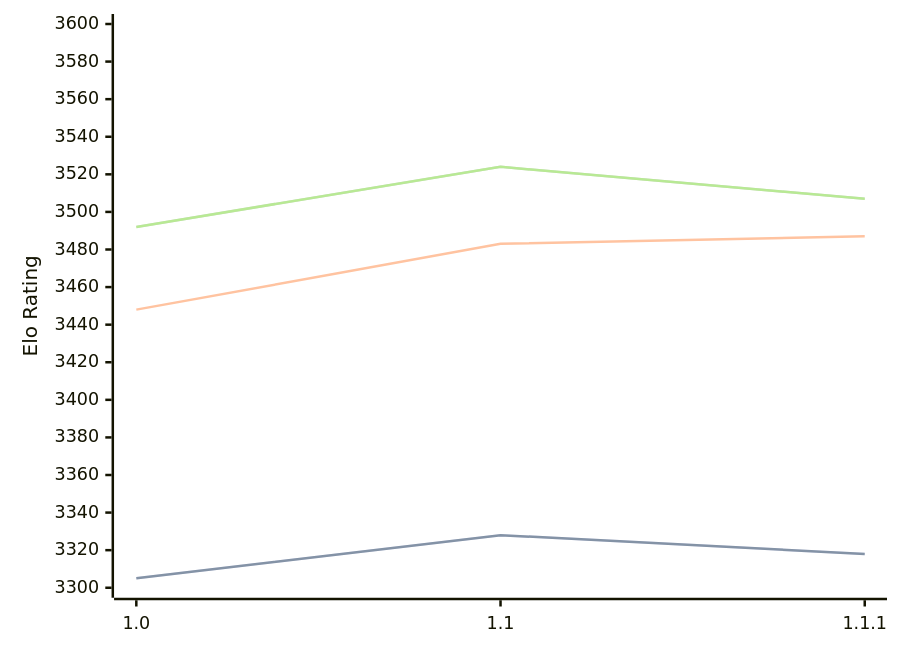
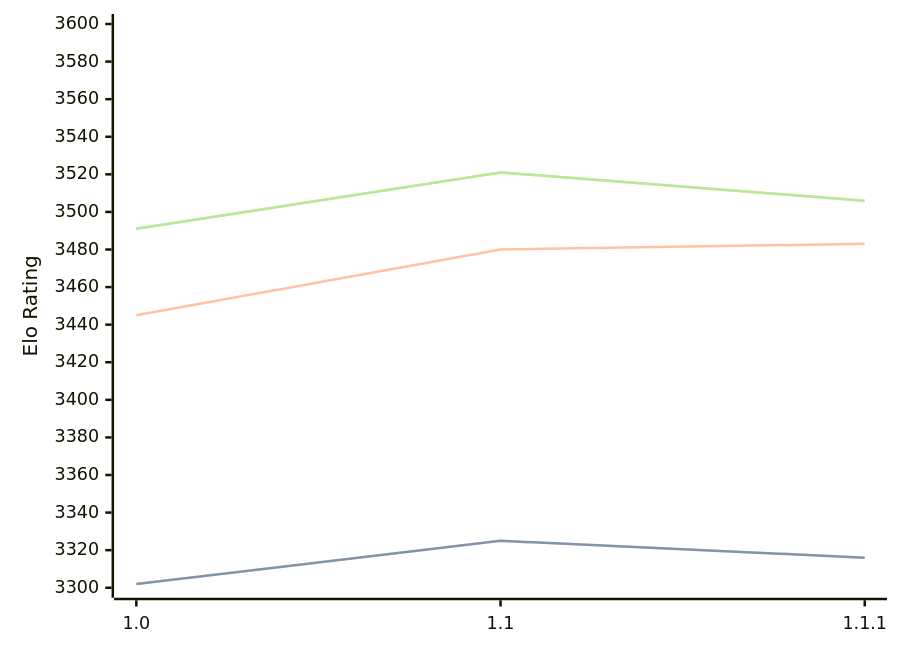
The diagram in engines/Icarus.md (computer-chess-index/cci), drawn with Mermaid before and after one commit. The commit also changed other lines of this file, not shown here.

Commit message:
Update CCI Ratings (ELO VLTC) - 2026-08-12

````diff
--- a/engines/Icarus.md
+++ b/engines/Icarus.md
@@ -33,11 +33,11 @@
 ```mermaid
 %%{init: {"theme":"base","themeVariables":{"seriesColors:['#a3a3a3','#222221','#faa371']}}}%%
 xychart-beta
   x-axis ["1.0", "1.1", "1.1.1"]
   y-axis "Elo Rating" 3300 --> 3600
-  line "STC (8.0+0.08s)" [3305, 3328, 3318]
-  line "STC (8.0+0.08s)" [3305, 3328, 3318]
-  line "LTC (60.0+0.60s)" [3448, 3483, 3487]
-  line "VLTC (2m24s+1.12s)" [3492, 3524, 3507]
-  line "VLTC (2m24s+1.12s)" [3492, 3524, 3507]
+  line "STC (8.0+0.08s)" [3302, 3325, 3316]
+  line "STC (8.0+0.08s)" [3302, 3325, 3316]
+  line "LTC (60.0+0.60s)" [3445, 3480, 3483]
+  line "VLTC (2m24s+1.12s)" [3491, 3521, 3506]
+  line "VLTC (2m24s+1.12s)" [3491, 3521, 3506]
 ```
````
